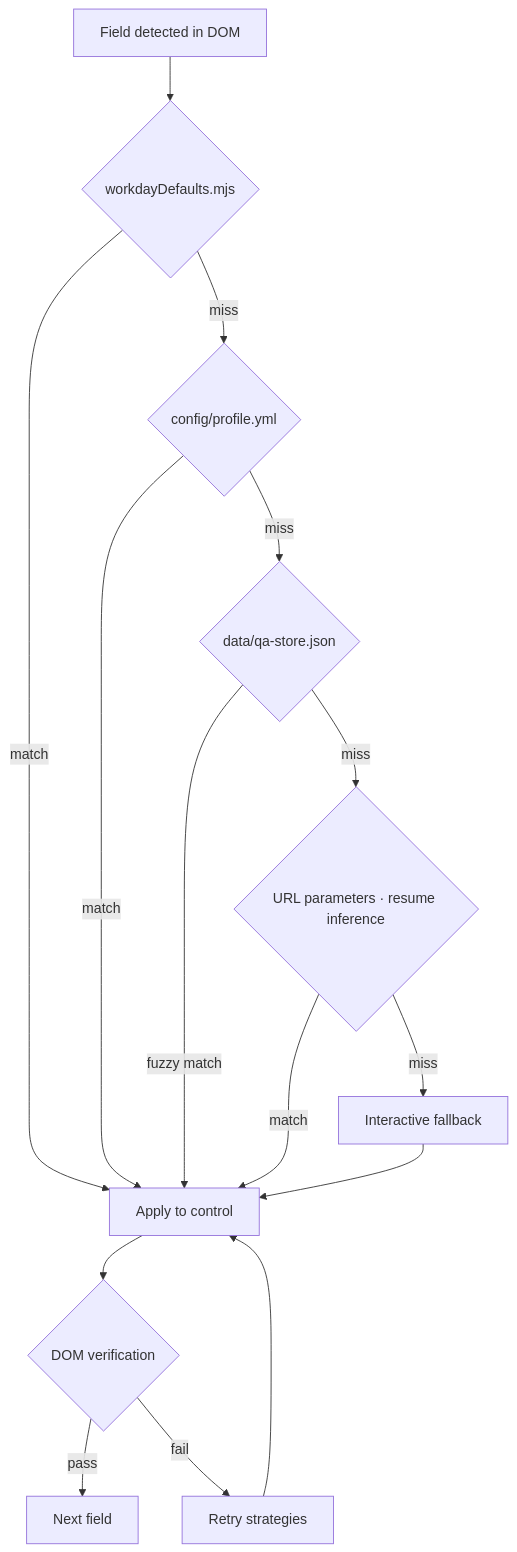
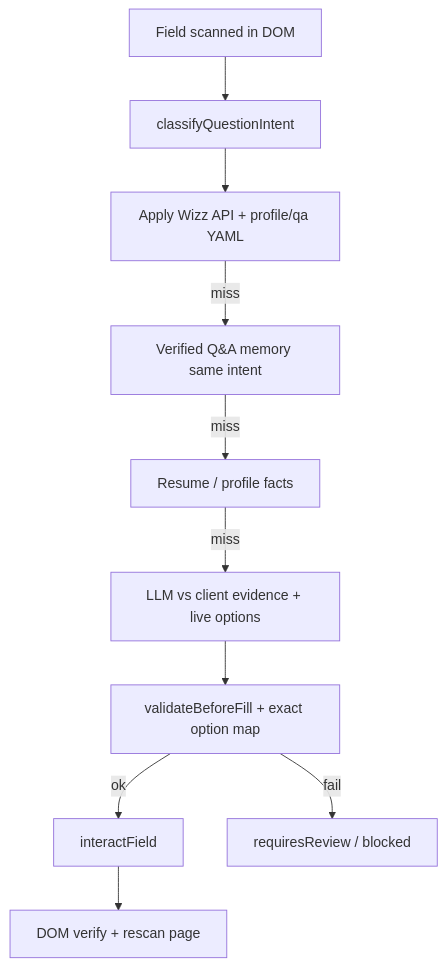
The third of 5 diagrams in README.md (ajithchandraapplywizz/Workday_Auto), drawn with Mermaid before and after one commit. The commit also changed other lines of this file and 13 other files, not shown here.

````diff
--- a/README.md
+++ b/README.md
@@ -76,17 +76,12 @@
 ```mermaid
 flowchart TD
-    Q[Field detected in DOM] --> L1{workdayDefaults.mjs}
-    L1 -->|match| F[Apply to control]
-    L1 -->|miss| L2{config/profile.yml}
-    L2 -->|match| F
-    L2 -->|miss| L3{data/qa-store.json}
-    L3 -->|fuzzy match| F
-    L3 -->|miss| L4{URL parameters · resume inference}
-    L4 -->|match| F
-    L4 -->|miss| L5[Interactive fallback]
-    L5 --> F
-    F --> V{DOM verification}
-    V -->|pass| N[Next field]
-    V -->|fail| R[Retry strategies]
-    R --> F
+    Q[Field scanned in DOM] --> I[classifyQuestionIntent]
+    I --> E1[Apply Wizz API + profile/qa YAML]
+    E1 -->|miss| E2[Verified Q&A memory same intent]
+    E2 -->|miss| E3[Resume / profile facts]
+    E3 -->|miss| E4[LLM vs client evidence + live options]
+    E4 --> V[validateBeforeFill + exact option map]
+    V -->|ok| F[interactField]
+    V -->|fail| B[requiresReview / blocked]
+    F --> DOM[DOM verify + rescan page]
 ```
````
